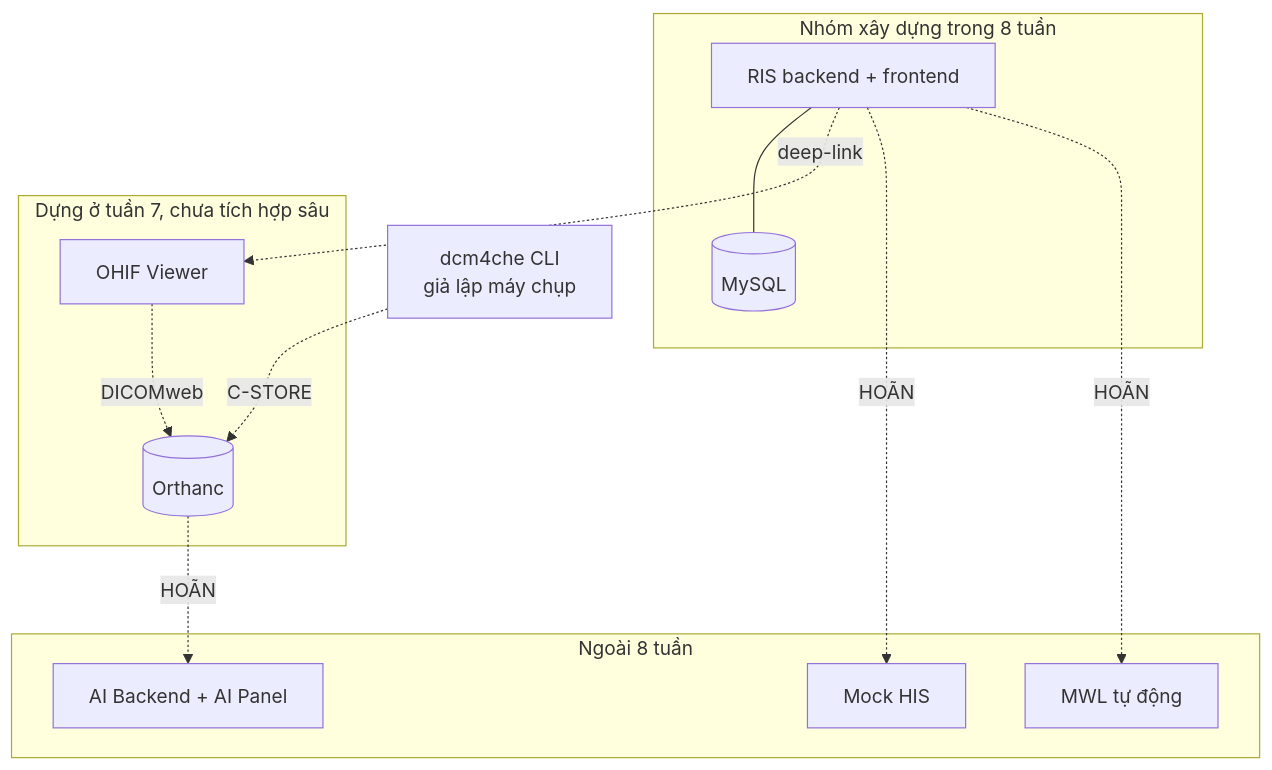
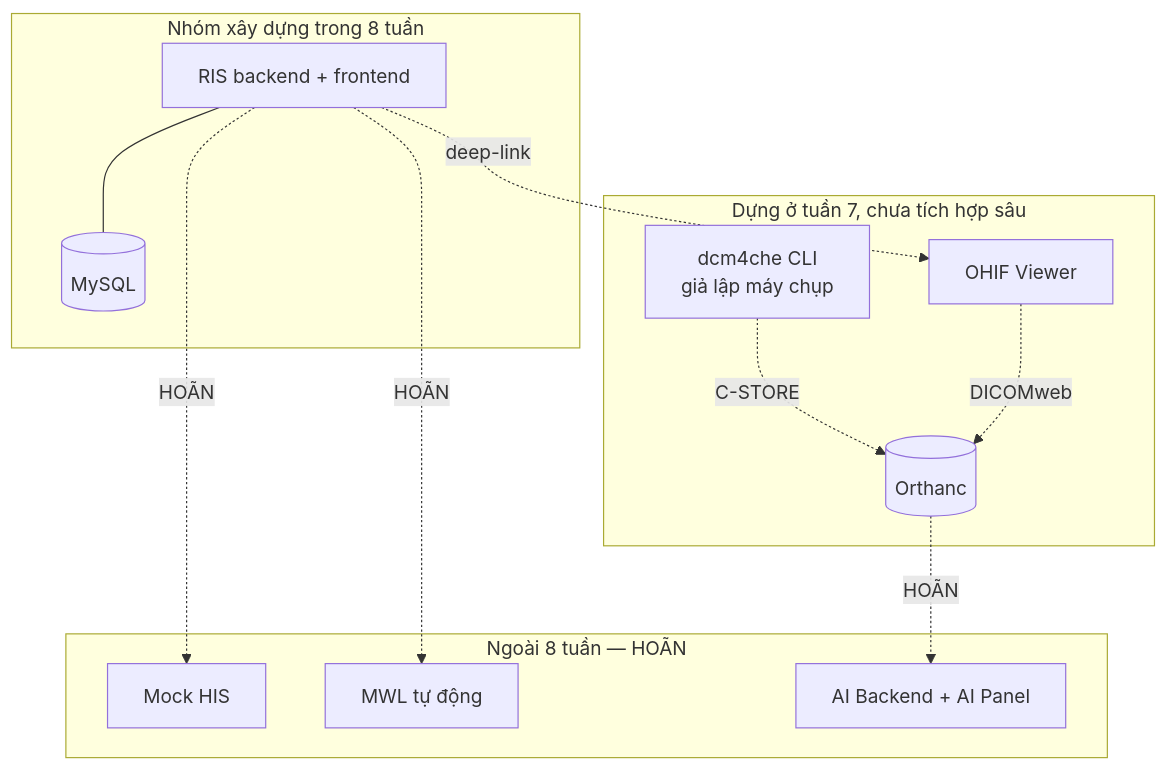
One commit to dennynguyen0905/web-MRI changed the diagram in doc/01-scope.md. Above: the diagram before and after it, drawn with Mermaid. The commit also changed other lines of this file and 9 other files, not shown here.

````diff
--- a/doc/01-scope.md
+++ b/doc/01-scope.md
@@ -25,23 +27,28 @@
 ```mermaid
 flowchart TB
     subgraph XD["Nhóm xây dựng trong 8 tuần"]
-        RIS[RIS backend + frontend]
-        DB[(MySQL)]
+        RIS["RIS backend + frontend"]
+        DB[("MySQL")]
     end
+
     subgraph TICH_HOP["Dựng ở tuần 7, chưa tích hợp sâu"]
-        PACS[(Orthanc)]
-        OHIF[OHIF Viewer]
+        PACS[("Orthanc")]
+        OHIF["OHIF Viewer"]
+        CLI["dcm4che CLI<br/>giả lập máy chụp"]
     end
-    subgraph NGOAI["Ngoài 8 tuần"]
-        MHIS[Mock HIS]
-        AI[AI Backend + AI Panel]
-        MWL[MWL tự động]
+
+    subgraph NGOAI["Ngoài 8 tuần — HOÃN"]
+        MHIS["Mock HIS"]
+        MWL["MWL tự động"]
+        AI["AI Backend + AI Panel"]
     end
-    CLI[dcm4che CLI<br/>giả lập máy chụp] -. C-STORE .-> PACS
+
     RIS --- DB
-    RIS -. deep-link .-> OHIF
-    OHIF -. DICOMweb .-> PACS
-    RIS -. HOÃN .-> MHIS
-    RIS -. HOÃN .-> MWL
-    PACS -. HOÃN .-> AI
+    CLI -. "C-STORE" .-> PACS
+    RIS -. "deep-link" .-> OHIF
+    OHIF -. "DICOMweb" .-> PACS
+
+    RIS -. "HOÃN" .-> MHIS
+    RIS -. "HOÃN" .-> MWL
+    PACS -. "HOÃN" .-> AI
 ```
````
